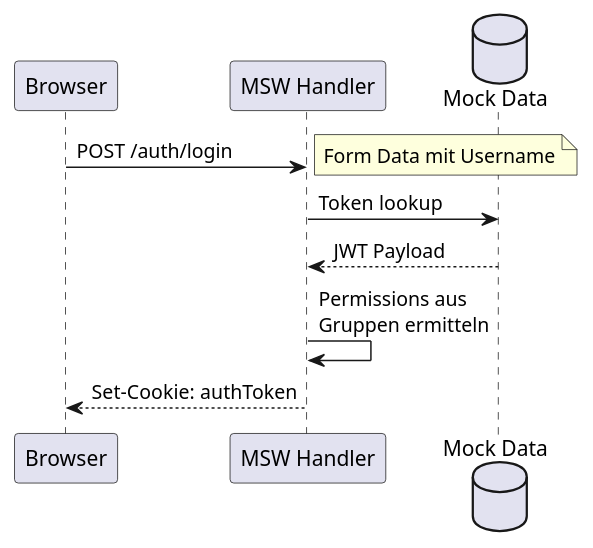
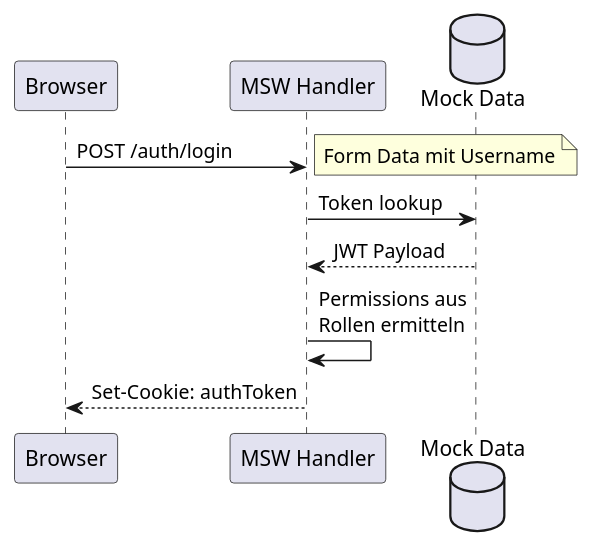
One commit to ti8m/tinker-stack changed the diagram in docs/modules/ROOT/pages/login.adoc. Above: the diagram before and after it, drawn with PlantUML. The commit also changed other lines of this file and 3 other files, not shown here.

```diff
--- a/docs/modules/ROOT/pages/login.adoc
+++ b/docs/modules/ROOT/pages/login.adoc
@@ -16,15 +16,15 @@
 [plantuml,mock-auth,svg]
 ----
 @startuml
 participant "Browser" as Browser
 participant "MSW Handler" as MSW
 database "Mock Data" as Data
 
 Browser -> MSW: POST /auth/login
 note right: Form Data mit Username
 MSW -> Data: Token lookup
 Data --> MSW: JWT Payload
-MSW -> MSW: Permissions aus\nGruppen ermitteln
+MSW -> MSW: Permissions aus\nRollen ermitteln
 MSW --> Browser: Set-Cookie: authToken
 @enduml
 ----
```
